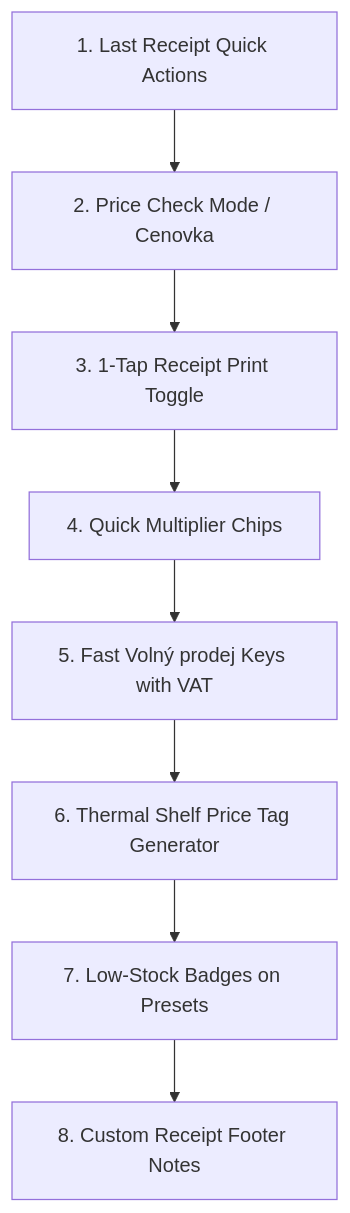
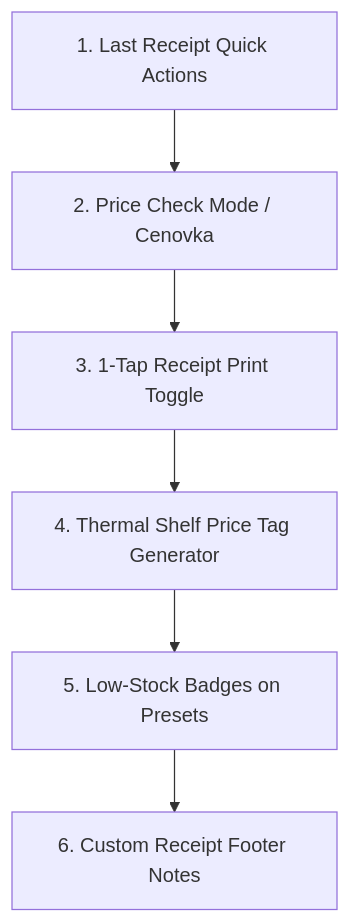
Before and after one commit to MichalKhoa/pos-project: the first of 2 diagrams in docs/ROADMAP.md, drawn with Mermaid. The commit also changed other lines of this file, not shown here.

Commit message:
docs(roadmap): prioritize OSVC accounting & web admin

````diff
--- a/docs/ROADMAP.md
+++ b/docs/ROADMAP.md
@@ -36,10 +36,8 @@
 ```mermaid
 graph TD
-    A[1. Last Receipt Quick Actions] --> B[2. Price Check Mode / Cenovka]
-    B --> C[3. 1-Tap Receipt Print Toggle]
-    C --> D[4. Quick Multiplier Chips]
-    D --> E[5. Fast Volný prodej Keys with VAT]
-    E --> F[6. Thermal Shelf Price Tag Generator]
-    F --> G[7. Low-Stock Badges on Presets]
-    G --> H[8. Custom Receipt Footer Notes]
+    A["1. Last Receipt Quick Actions"] --> B["2. Price Check Mode / Cenovka"]
+    B --> C["3. 1-Tap Receipt Print Toggle"]
+    C --> D["4. Thermal Shelf Price Tag Generator"]
+    D --> E["5. Low-Stock Badges on Presets"]
+    E --> F["6. Custom Receipt Footer Notes"]
 ```
````
